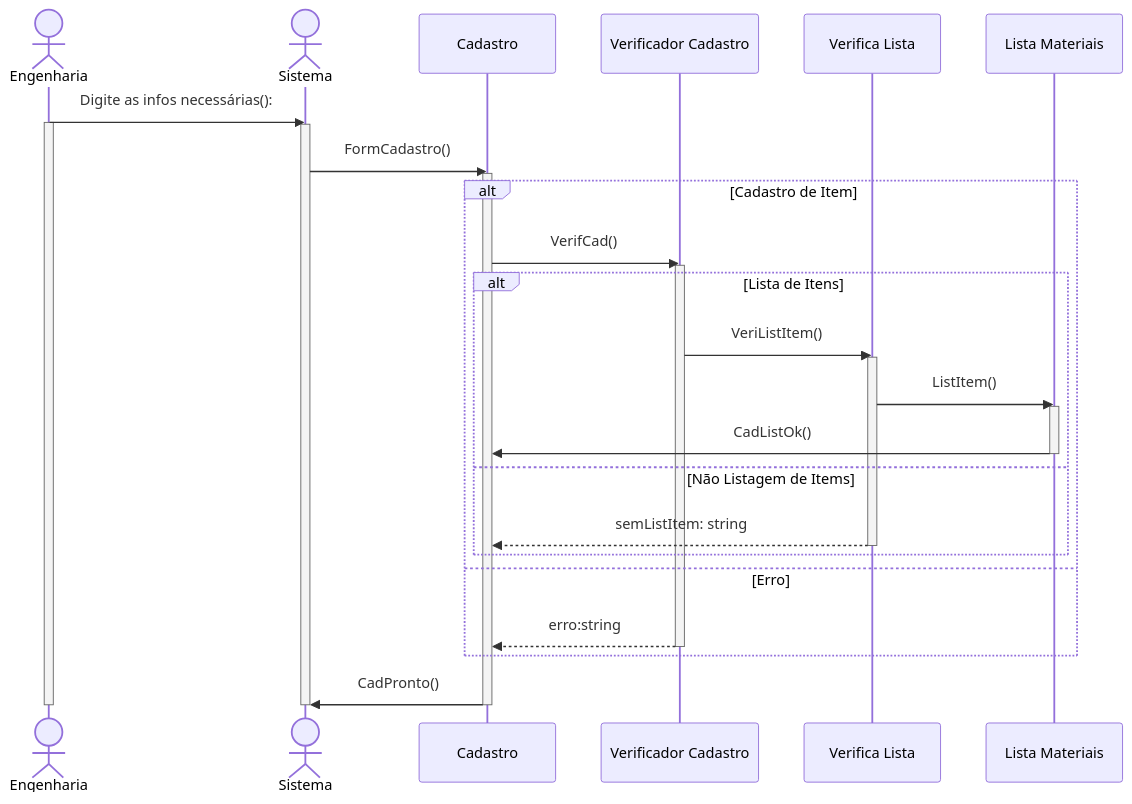
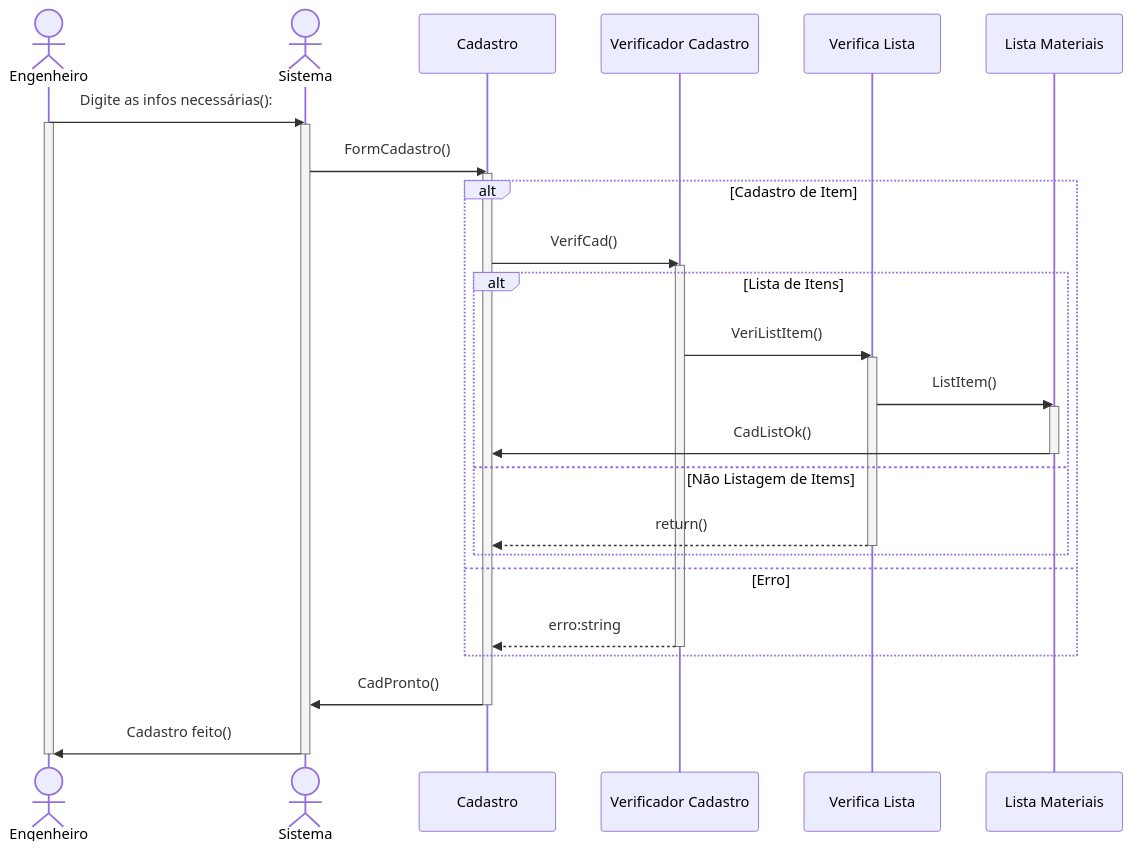
The diagram in DiagramaSequencia/Item/NovoItem.md (branqsMRP/SequenceDiagram), drawn with Mermaid before and after one commit. The commit also changed 1 other file, not shown here.

Commit message:
commit 1.1

````diff
--- a/DiagramaSequencia/Item/NovoItem.md
+++ b/DiagramaSequencia/Item/NovoItem.md
@@ -1,48 +1,49 @@
 ```mermaid
 sequenceDiagram 
     % diagrama da tela de novo Item
 
-    actor Engenharia
+    actor Engenheiro
     actor Sistema
     participant C as Cadastro
     participant VC as Verificador Cadastro
     participant VL as Verifica Lista
     participant LM as Lista Materiais
 
 
-    Engenharia->>Sistema: Digite as infos necessárias():
-    activate Engenharia
+    Engenheiro->>Sistema: Digite as infos necessárias():
+    activate Engenheiro
     activate Sistema
     Sistema->>C: FormCadastro()
     activate C
     % alterar essa parte pós desenvolvimento do diagrama de classes para colocar o comando padrão que aparece no diagrama.
 
     alt Cadastro de Item
         C->>VC: VerifCad()
         % alterar essa parte pós desenvolvimento do diagrama de classes para colocar o comando padrão que aparece no diagrama.
         activate VC
             alt Lista de Itens
             VC->>VL: VeriListItem()
                     % alterar essa parte pós desenvolvimento do diagrama de classes para colocar o comando padrão que aparece no diagrama.
             activate VL
             VL->>LM: ListItem()
                     % alterar essa parte pós desenvolvimento do diagrama de classes para colocar o comando padrão que aparece no diagrama.
             activate LM
             LM->>C: CadListOk()
                     % alterar essa parte pós desenvolvimento do diagrama de classes para colocar o comando padrão que aparece no diagrama.
             deactivate LM
             else Não Listagem de Items
-            VL-->>C: semListItem: string
+            VL-->>C: return()
             deactivate VL
             end
     else Erro
         VC-->>C: erro:string
         deactivate VC
     end
 
     C->>Sistema: CadPronto()
     deactivate C
+    Sistema->>Engenheiro: Cadastro feito()
     deactivate Sistema
-    deactivate Engenharia
+    deactivate Engenheiro
 
 ``` 
````
